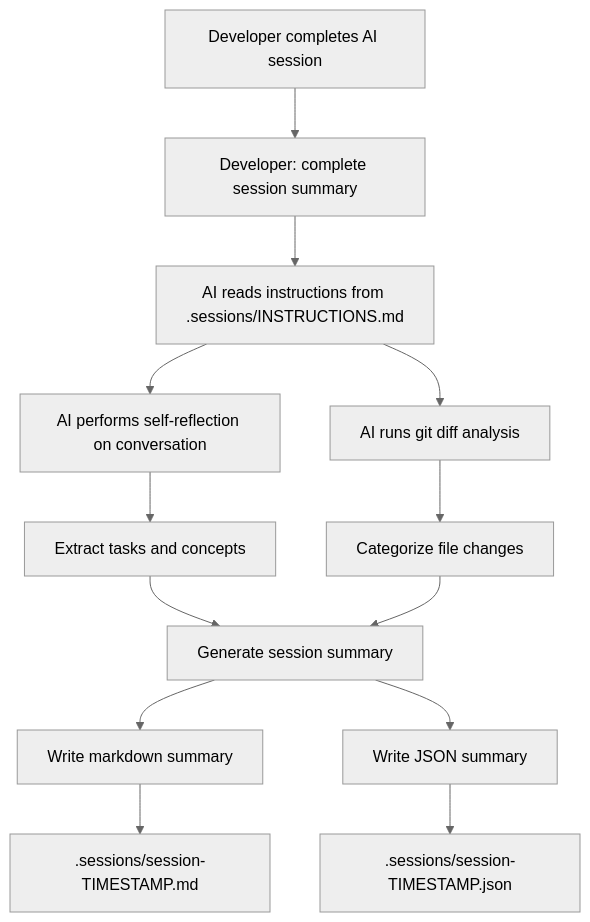
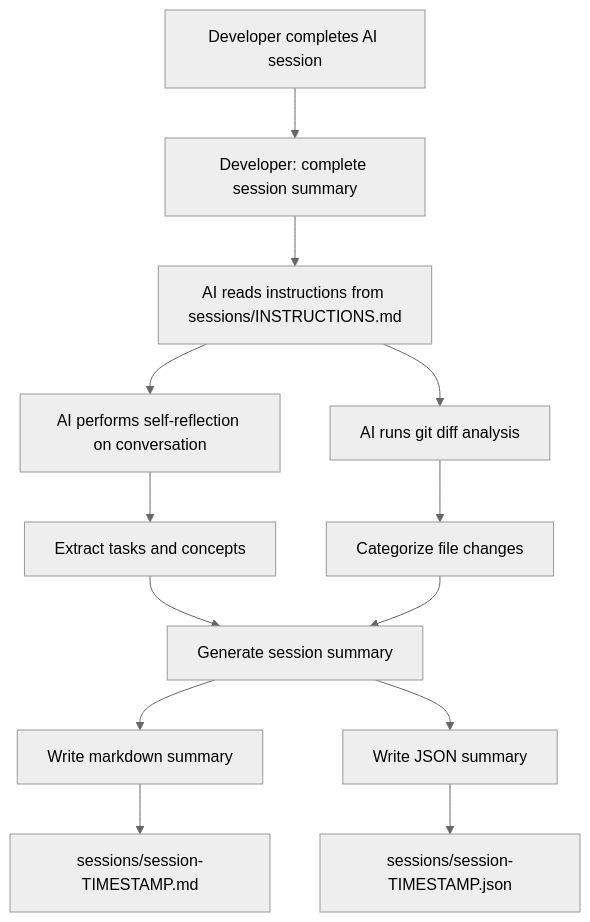
Before and after one commit to cathal-bailey/session-summary: the diagram in PLAN.md, drawn with Mermaid (neutral theme). The commit also changed other lines of this file and 9 other files, not shown here.

First line of the commit message:
Add session-summary CLI and make sessions directory visible

````diff
--- a/PLAN.md
+++ b/PLAN.md
@@ -28,15 +28,15 @@
 ```mermaid
 graph TD
     A[Developer completes AI session] --> B[Developer: complete session summary]
-    B --> C[AI reads instructions from .sessions/INSTRUCTIONS.md]
+    B --> C[AI reads instructions from sessions/INSTRUCTIONS.md]
     C --> D[AI performs self-reflection on conversation]
     C --> E[AI runs git diff analysis]
     D --> F[Extract tasks and concepts]
     E --> G[Categorize file changes]
     F --> H[Generate session summary]
     G --> H
     H --> I[Write markdown summary]
     H --> J[Write JSON summary]
-    I --> K[.sessions/session-TIMESTAMP.md]
-    J --> L[.sessions/session-TIMESTAMP.json]
+    I --> K[sessions/session-TIMESTAMP.md]
+    J --> L[sessions/session-TIMESTAMP.json]
 ```
````
